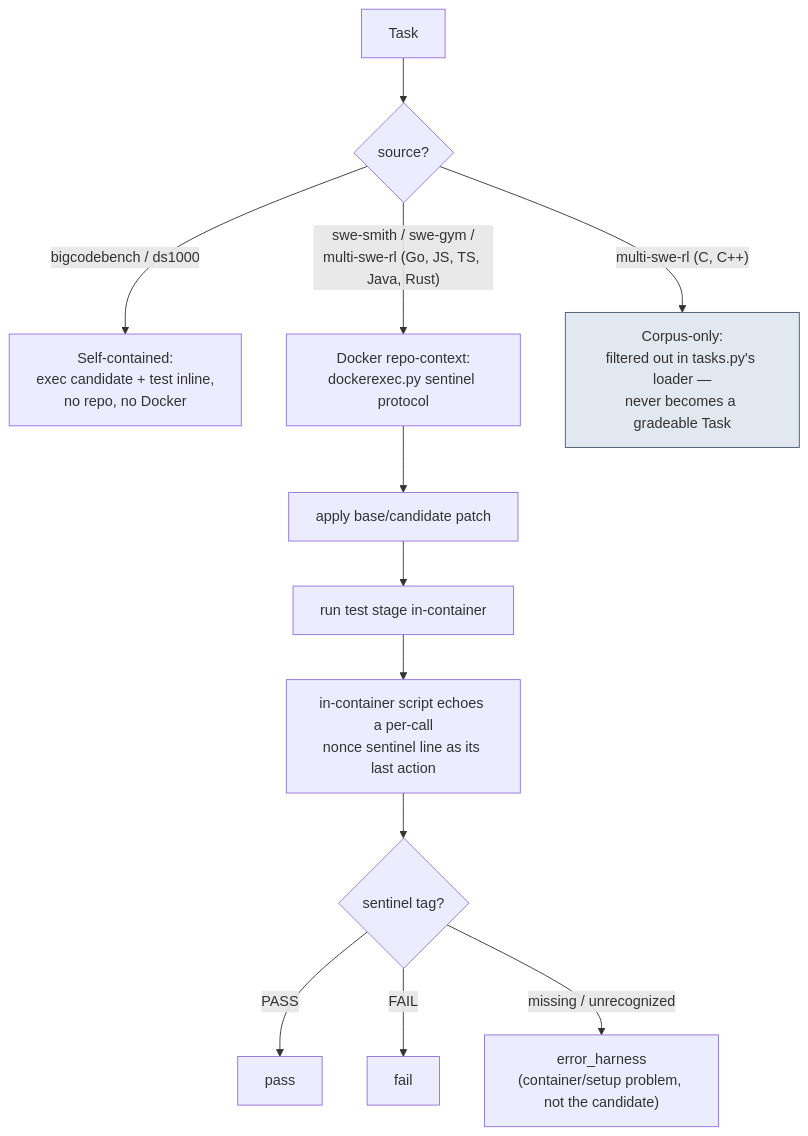
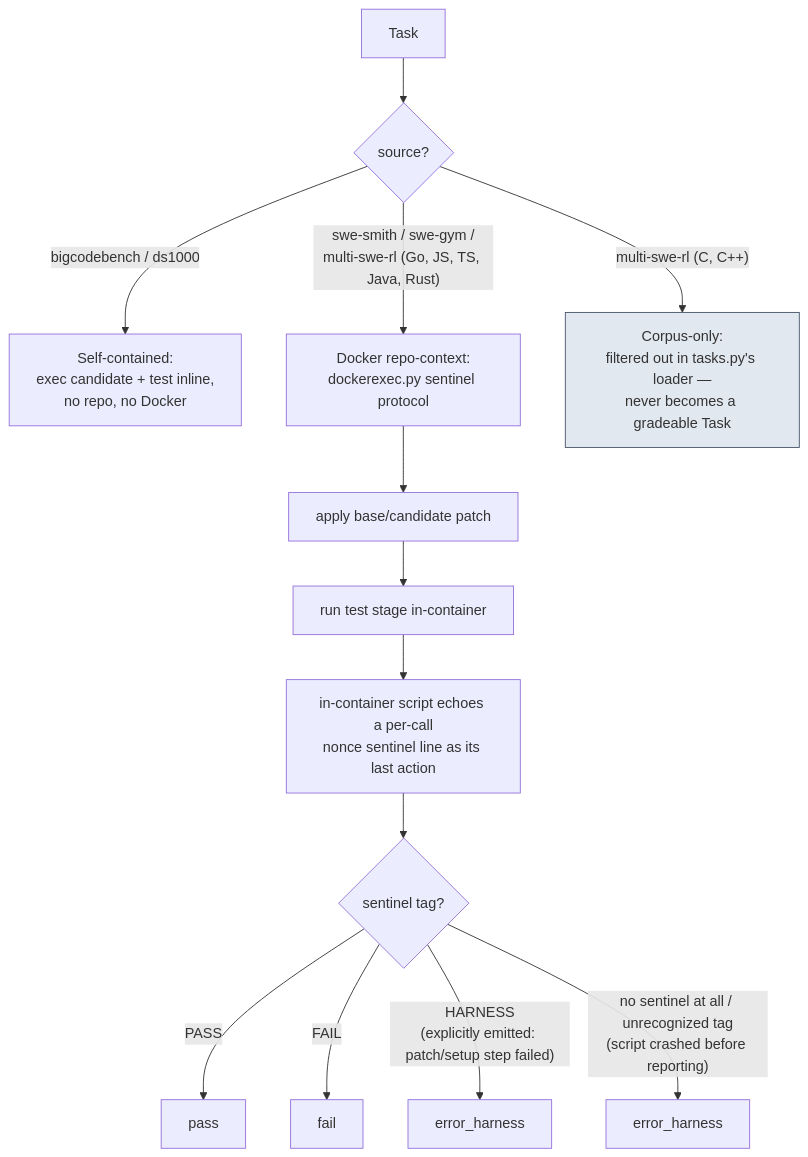
One commit to EmumbaOrg/clustering-based-llm-router changed the fourth of 4 diagrams in docs/flows/README.md. Above: the diagram before and after it, drawn with Mermaid. The commit also changed other lines of this file and 10 other files, not shown here.

````diff
--- a/docs/flows/README.md
+++ b/docs/flows/README.md
@@ -140,18 +141,19 @@
 ```mermaid
 flowchart TD
     T[Task] --> Q{source?}
     Q -->|bigcodebench / ds1000| SC["Self-contained:<br/>exec candidate + test inline,<br/>no repo, no Docker"]
     Q -->|"swe-smith / swe-gym /<br/>multi-swe-rl (Go, JS, TS, Java, Rust)"| DK["Docker repo-context:<br/>dockerexec.py sentinel protocol"]
     Q -->|"multi-swe-rl (C, C++)"| NG["Corpus-only:<br/>filtered out in tasks.py's loader —<br/>never becomes a gradeable Task"]
 
     DK --> DK1["apply base/candidate patch"]
     DK1 --> DK2["run test stage in-container"]
     DK2 --> DK3["in-container script echoes a per-call<br/>nonce sentinel line as its last action"]
     DK3 --> DK4{"sentinel tag?"}
     DK4 -->|PASS| R1[pass]
     DK4 -->|FAIL| R2[fail]
-    DK4 -->|missing / unrecognized| R3["error_harness<br/>(container/setup problem, not the candidate)"]
+    DK4 -->|"HARNESS<br/>(explicitly emitted: patch/setup step failed)"| R3[error_harness]
+    DK4 -->|"no sentinel at all / unrecognized tag<br/>(script crashed before reporting)"| R4[error_harness]
 
     classDef excluded fill:#e2e8f0,stroke:#475569;
     class NG excluded
 ```
````
